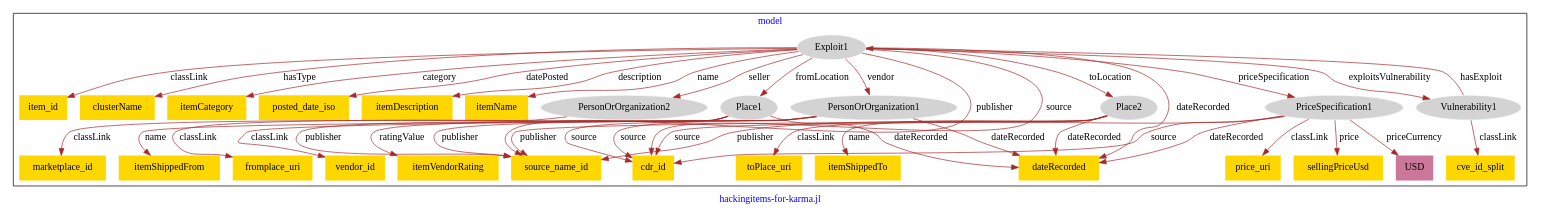
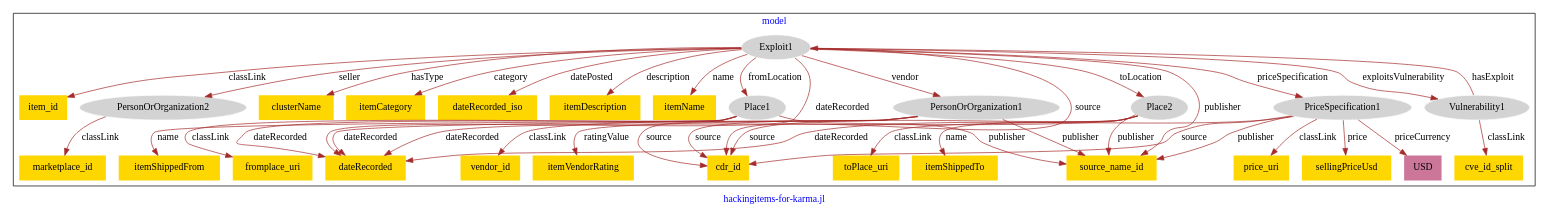
Before and after one commit to usc-isi-i2/effect-alignment: the diagram in models/asu-hacking-items/hacking_items-model.dot, drawn with Graphviz.

Commit message:
Update file hacking_items-model.dot

```diff
--- a/models/asu-hacking-items/hacking_items-model.dot
+++ b/models/asu-hacking-items/hacking_items-model.dot
@@ -1,74 +1,74 @@
 digraph n0 {
 fontcolor="blue"
 remincross="true"
 label="hackingitems-for-karma.jl"
 subgraph cluster {
 label="model"
 n2[style="filled",color="white",fillcolor="lightgray",label="Exploit1"];
 n3[shape="plaintext",style="filled",fillcolor="gold",label="item_id"];
-n4[shape="plaintext",style="filled",fillcolor="gold",label="clusterName"];
-n5[shape="plaintext",style="filled",fillcolor="gold",label="itemCategory"];
-n6[shape="plaintext",style="filled",fillcolor="gold",label="posted_date_iso"];
-n7[shape="plaintext",style="filled",fillcolor="gold",label="itemDescription"];
-n8[shape="plaintext",style="filled",fillcolor="gold",label="itemName"];
-n9[shape="plaintext",style="filled",fillcolor="gold",label="source_name_id"];
+n4[shape="plaintext",style="filled",fillcolor="gold",label="dateRecorded"];
+n5[shape="plaintext",style="filled",fillcolor="gold",label="clusterName"];
+n6[shape="plaintext",style="filled",fillcolor="gold",label="itemCategory"];
+n7[shape="plaintext",style="filled",fillcolor="gold",label="dateRecorded_iso"];
+n8[shape="plaintext",style="filled",fillcolor="gold",label="itemDescription"];
+n9[shape="plaintext",style="filled",fillcolor="gold",label="itemName"];
 n10[style="filled",color="white",fillcolor="lightgray",label="PersonOrOrganization1"];
 n11[shape="plaintext",style="filled",fillcolor="gold",label="vendor_id"];
 n12[shape="plaintext",style="filled",fillcolor="gold",label="itemVendorRating"];
 n13[style="filled",color="white",fillcolor="lightgray",label="PersonOrOrganization2"];
 n14[shape="plaintext",style="filled",fillcolor="gold",label="marketplace_id"];
 n15[style="filled",color="white",fillcolor="lightgray",label="Vulnerability1"];
 n16[shape="plaintext",style="filled",fillcolor="gold",label="cve_id_split"];
 n17[style="filled",color="white",fillcolor="lightgray",label="Place1"];
 n18[shape="plaintext",style="filled",fillcolor="gold",label="fromplace_uri"];
 n19[shape="plaintext",style="filled",fillcolor="gold",label="itemShippedFrom"];
 n20[style="filled",color="white",fillcolor="lightgray",label="Place2"];
 n21[shape="plaintext",style="filled",fillcolor="gold",label="toPlace_uri"];
 n22[shape="plaintext",style="filled",fillcolor="gold",label="itemShippedTo"];
 n23[style="filled",color="white",fillcolor="lightgray",label="PriceSpecification1"];
 n24[shape="plaintext",style="filled",fillcolor="gold",label="price_uri"];
-n25[shape="plaintext",style="filled",fillcolor="gold",label="dateRecorded"];
-n26[shape="plaintext",style="filled",fillcolor="gold",label="sellingPriceUsd"];
-n27[shape="plaintext",style="filled",fillcolor="#CC7799",label="USD"];
+n25[shape="plaintext",style="filled",fillcolor="gold",label="sellingPriceUsd"];
+n26[shape="plaintext",style="filled",fillcolor="#CC7799",label="USD"];
+n27[shape="plaintext",style="filled",fillcolor="gold",label="source_name_id"];
 n28[shape="plaintext",style="filled",fillcolor="gold",label="cdr_id"];
 }
 n2 -> n3[color="brown",fontcolor="black",label="classLink"]
-n2 -> n4[color="brown",fontcolor="black",label="hasType"]
-n2 -> n5[color="brown",fontcolor="black",label="category"]
-n2 -> n6[color="brown",fontcolor="black",label="datePosted"]
-n2 -> n7[color="brown",fontcolor="black",label="description"]
-n2 -> n8[color="brown",fontcolor="black",label="name"]
-n2 -> n9[color="brown",fontcolor="black",label="publisher"]
+n2 -> n4[color="brown",fontcolor="black",label="dateRecorded"]
+n2 -> n5[color="brown",fontcolor="black",label="hasType"]
+n2 -> n6[color="brown",fontcolor="black",label="category"]
+n2 -> n7[color="brown",fontcolor="black",label="datePosted"]
+n2 -> n8[color="brown",fontcolor="black",label="description"]
+n2 -> n9[color="brown",fontcolor="black",label="name"]
 n10 -> n11[color="brown",fontcolor="black",label="classLink"]
-n10 -> n9[color="brown",fontcolor="black",label="publisher"]
+n10 -> n4[color="brown",fontcolor="black",label="dateRecorded"]
 n10 -> n12[color="brown",fontcolor="black",label="ratingValue"]
 n13 -> n14[color="brown",fontcolor="black",label="classLink"]
 n15 -> n16[color="brown",fontcolor="black",label="classLink"]
 n17 -> n18[color="brown",fontcolor="black",label="classLink"]
+n17 -> n4[color="brown",fontcolor="black",label="dateRecorded"]
 n17 -> n19[color="brown",fontcolor="black",label="name"]
-n17 -> n9[color="brown",fontcolor="black",label="publisher"]
 n20 -> n21[color="brown",fontcolor="black",label="classLink"]
+n20 -> n4[color="brown",fontcolor="black",label="dateRecorded"]
 n20 -> n22[color="brown",fontcolor="black",label="name"]
-n20 -> n9[color="brown",fontcolor="black",label="publisher"]
 n23 -> n24[color="brown",fontcolor="black",label="classLink"]
-n23 -> n25[color="brown",fontcolor="black",label="dateRecorded"]
-n23 -> n26[color="brown",fontcolor="black",label="price"]
-n23 -> n27[color="brown",fontcolor="black",label="priceCurrency"]
-n23 -> n9[color="brown",fontcolor="black",label="publisher"]
+n23 -> n4[color="brown",fontcolor="black",label="dateRecorded"]
+n23 -> n25[color="brown",fontcolor="black",label="price"]
+n23 -> n26[color="brown",fontcolor="black",label="priceCurrency"]
+n23 -> n27[color="brown",fontcolor="black",label="publisher"]
 n23 -> n28[color="brown",fontcolor="black",label="source"]
-n17 -> n25[color="brown",fontcolor="black",label="dateRecorded"]
-n20 -> n25[color="brown",fontcolor="black",label="dateRecorded"]
+n17 -> n28[color="brown",fontcolor="black",label="source"]
 n2 -> n20[color="brown",fontcolor="black",label="toLocation"]
 n2 -> n23[color="brown",fontcolor="black",label="priceSpecification"]
+n20 -> n28[color="brown",fontcolor="black",label="source"]
+n2 -> n10[color="brown",fontcolor="black",label="vendor"]
+n2 -> n27[color="brown",fontcolor="black",label="publisher"]
 n2 -> n28[color="brown",fontcolor="black",label="source"]
-n2 -> n10[color="brown",fontcolor="black",label="vendor"]
+n10 -> n27[color="brown",fontcolor="black",label="publisher"]
 n2 -> n17[color="brown",fontcolor="black",label="fromLocation"]
-n10 -> n28[color="brown",fontcolor="black",label="source"]
+n17 -> n27[color="brown",fontcolor="black",label="publisher"]
 n15 -> n2[color="brown",fontcolor="black",label="hasExploit"]
-n20 -> n28[color="brown",fontcolor="black",label="source"]
+n20 -> n27[color="brown",fontcolor="black",label="publisher"]
 n2 -> n15[color="brown",fontcolor="black",label="exploitsVulnerability"]
 n2 -> n13[color="brown",fontcolor="black",label="seller"]
-n17 -> n28[color="brown",fontcolor="black",label="source"]
-n2 -> n25[color="brown",fontcolor="black",label="dateRecorded"]
-n10 -> n25[color="brown",fontcolor="black",label="dateRecorded"]
+n10 -> n28[color="brown",fontcolor="black",label="source"]
 }
```
